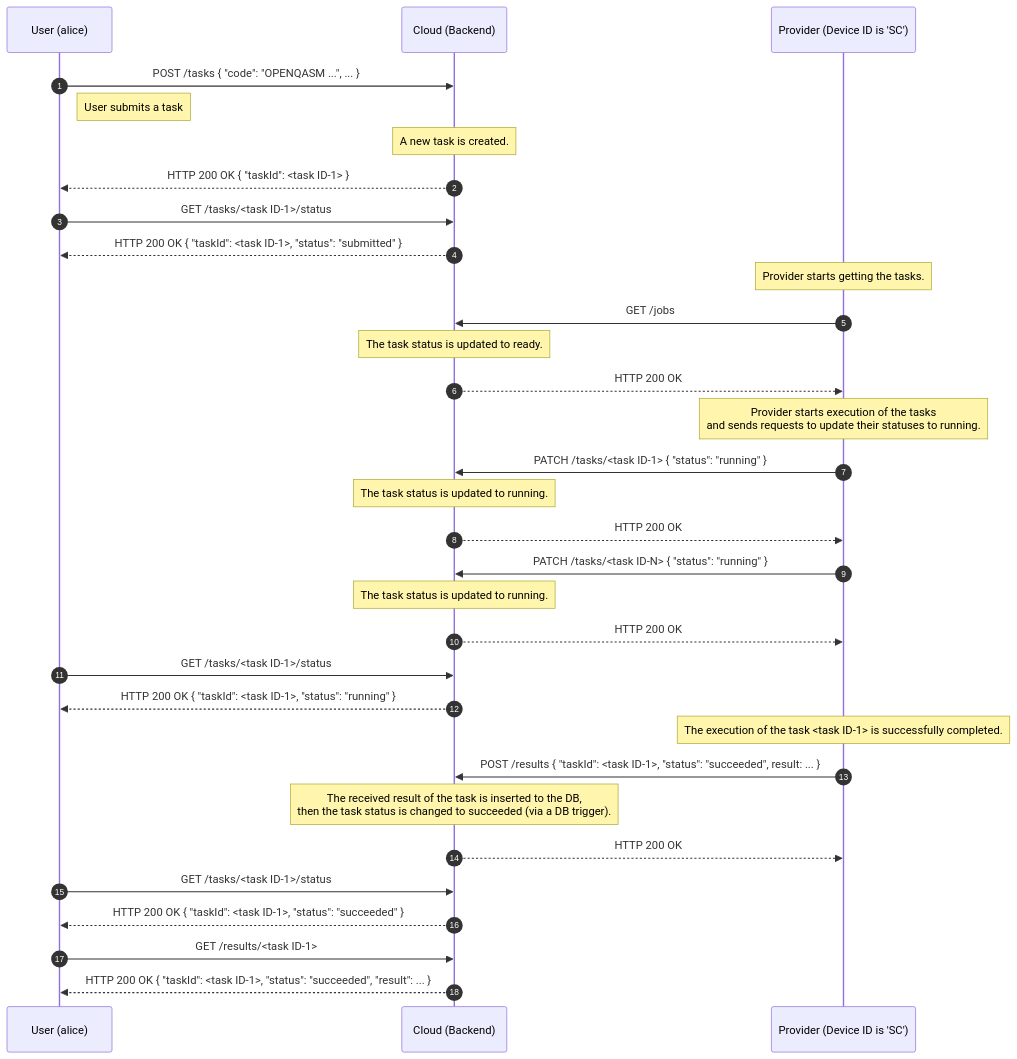
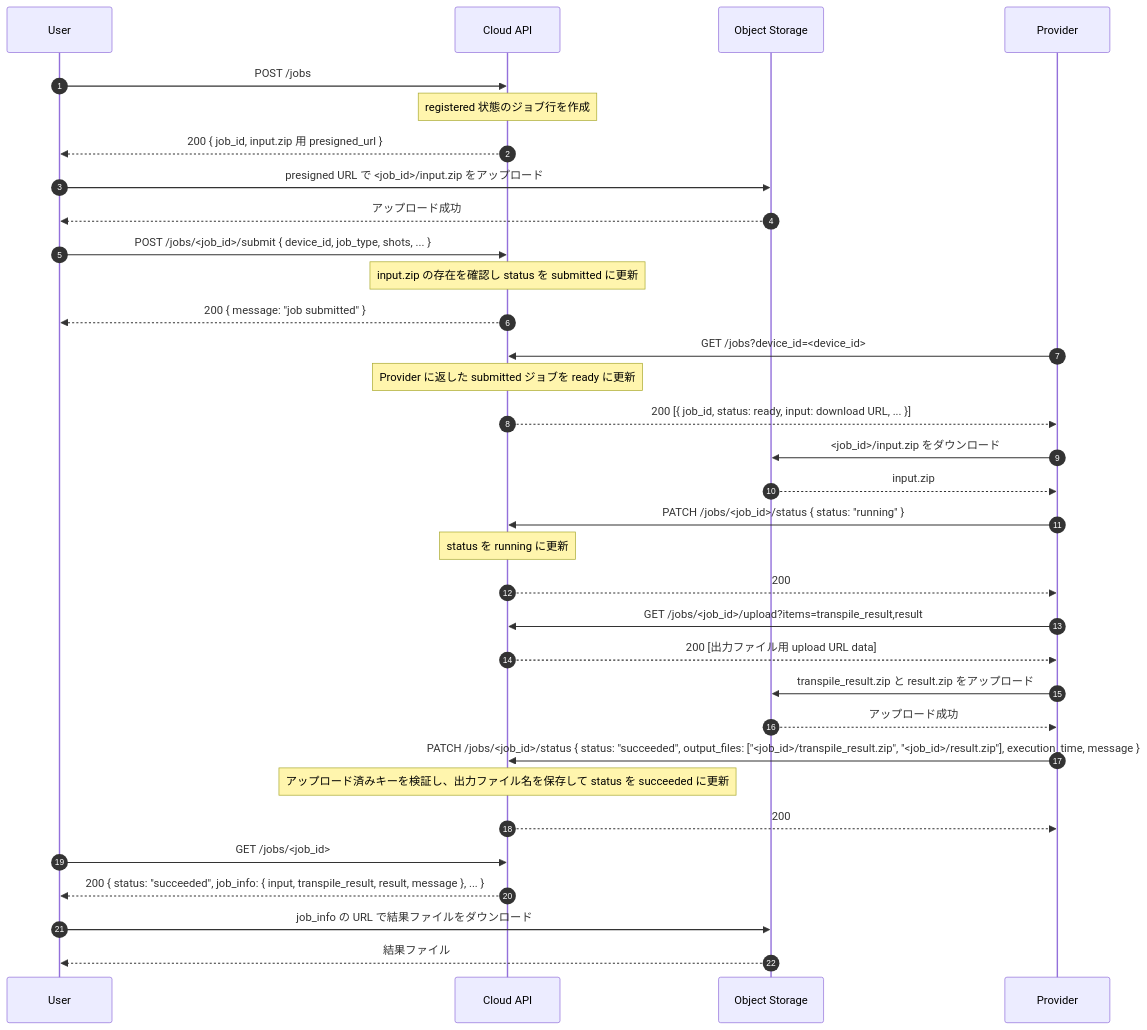
The first of 3 diagrams in docs/ja/architecture/sequence_diagram.md (oqtopus-team/oqtopus-cloud), drawn with Mermaid before and after one commit. The commit also changed other lines of this file and 6 other files, not shown here.

Commit message:
docs: clarify S3-based job storage flow and artifact format (#466)

````diff
--- a/docs/ja/architecture/sequence_diagram.md
+++ b/docs/ja/architecture/sequence_diagram.md
@@ -16,43 +8,46 @@
 ```mermaid
 sequenceDiagram
     autonumber
-    participant User as User (alice)
-    participant Cloud as Cloud (Backend)
-    participant Provider as Provider (Device ID is 'SC')
+    participant User as User
+    participant Cloud as Cloud API
+    participant Storage as Object Storage
+    participant Provider as Provider
 
-    User->>Cloud: POST /tasks { "code": "OPENQASM ...", ... }
-    Note right of User: User submits a task
-    Note over Cloud: A new task is created.
-    Cloud-->>User: HTTP 200 OK { "taskId": <task ID-1> }
+    User->>Cloud: POST /jobs
+    Note over Cloud: registered 状態のジョブ行を作成
+    Cloud-->>User: 200 { job_id, input.zip 用 presigned_url }
 
-    User->>Cloud: GET /tasks/<task ID-1>/status
-    Cloud-->>User: HTTP 200 OK { "taskId": <task ID-1>, "status": "submitted" }
+    User->>Storage: presigned URL で <job_id>/input.zip をアップロード
+    Storage-->>User: アップロード成功
 
-    Note over Provider: Provider starts getting the tasks.
-    Provider->>Cloud: GET /jobs
-    Note over Cloud: The task status is updated to ready.
-    Cloud-->>Provider: HTTP 200 OK
+    User->>Cloud: POST /jobs/<job_id>/submit { device_id, job_type, shots, ... }
+    Note over Cloud: input.zip の存在を確認し status を submitted に更新
+    Cloud-->>User: 200 { message: "job submitted" }
 
-    Note over Provider: Provider starts execution of the tasks<br>and sends requests to update their statuses to running.
-    Provider->>Cloud: PATCH /tasks/<task ID-1> { "status": "running" }
-    Note over Cloud: The task status is updated to running.
-    Cloud-->>Provider: HTTP 200 OK
+    Provider->>Cloud: GET /jobs?device_id=<device_id>
+    Note over Cloud: Provider に返した submitted ジョブを ready に更新
+    Cloud-->>Provider: 200 [{ job_id, status: ready, input: download URL, ... }]
 
-    Provider->>Cloud: PATCH /tasks/<task ID-N> { "status": "running" }
-    Note over Cloud: The task status is updated to running.
-    Cloud-->>Provider: HTTP 200 OK
+    Provider->>Storage: <job_id>/input.zip をダウンロード
+    Storage-->>Provider: input.zip
 
-    User->>Cloud: GET /tasks/<task ID-1>/status
-    Cloud-->>User: HTTP 200 OK { "taskId": <task ID-1>, "status": "running" }
-    Note over Provider: The execution of the task <task ID-1> is successfully completed.
-    Provider->>Cloud: POST /results { "taskId": <task ID-1>, "status": "succeeded", result: ... }
+    Provider->>Cloud: PATCH /jobs/<job_id>/status { status: "running" }
+    Note over Cloud: status を running に更新
+    Cloud-->>Provider: 200
 
-    Note over Cloud: The received result of the task is inserted to the DB,<br> then the task status is changed to succeeded (via a DB trigger).
-    Cloud-->>Provider: HTTP 200 OK
+    Provider->>Cloud: GET /jobs/<job_id>/upload?items=transpile_result,result
+    Cloud-->>Provider: 200 [出力ファイル用 upload URL data]
 
-    User->>Cloud: GET /tasks/<task ID-1>/status
-    Cloud-->>User: HTTP 200 OK { "taskId": <task ID-1>, "status": "succeeded" }
+    Provider->>Storage: transpile_result.zip と result.zip をアップロード
+    Storage-->>Provider: アップロード成功
 
-    User->>Cloud: GET /results/<task ID-1>
-    Cloud-->>User: HTTP 200 OK { "taskId": <task ID-1>, "status": "succeeded", "result": ... }
+    Provider->>Cloud: PATCH /jobs/<job_id>/status { status: "succeeded", output_files: ["<job_id>/transpile_result.zip", "<job_id>/result.zip"], execution_time, message }
+    Note over Cloud: アップロード済みキーを検証し、出力ファイル名を保存して status を succeeded に更新
+    Cloud-->>Provider: 200
+
+    User->>Cloud: GET /jobs/<job_id>
+    Cloud-->>User: 200 { status: "succeeded", job_info: { input, transpile_result, result, message }, ... }
+
+    User->>Storage: job_info の URL で結果ファイルをダウンロード
+    Storage-->>User: 結果ファイル
 ```
````
